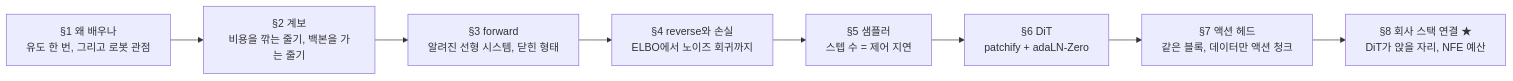
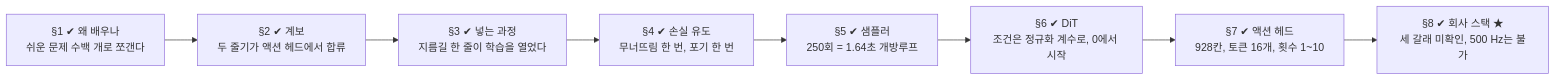
Before and after one commit to sguys99/physical-ai-study: the fifth of 5 diagrams in course/w1-generative-core/03-diffusion-ddpm-dit/lesson.md, drawn with Mermaid. The commit also changed other lines of this file and 10 other files, not shown here.

````diff
--- a/course/w1-generative-core/03-diffusion-ddpm-dit/lesson.md
+++ b/course/w1-generative-core/03-diffusion-ddpm-dit/lesson.md
@@ -686,10 +858,10 @@
 ```mermaid
 flowchart LR
-  S1["§1 왜 배우나<br/>유도 한 번, 그리고 로봇 관점"] --> S2["§2 계보<br/>비용을 깎는 줄기, 백본을 가는 줄기"]
-  S2 --> S3["§3 forward<br/>알려진 선형 시스템, 닫힌 형태"]
-  S3 --> S4["§4 reverse와 손실<br/>ELBO에서 노이즈 회귀까지"]
-  S4 --> S5["§5 샘플러<br/>스텝 수 = 제어 지연"]
-  S5 --> S6["§6 DiT<br/>patchify + adaLN-Zero"]
-  S6 --> S7["§7 액션 헤드<br/>같은 블록, 데이터만 액션 청크"]
-  S7 --> CO["§8 회사 스택 연결 ★<br/>DiT가 앉을 자리, NFE 예산"]
+  S1["§1 ✔ 왜 배우나<br/>쉬운 문제 수백 개로 쪼갠다"] --> S2["§2 ✔ 계보<br/>두 줄기가 액션 헤드에서 합류"]
+  S2 --> S3["§3 ✔ 넣는 과정<br/>지름길 한 줄이 학습을 열었다"]
+  S3 --> S4["§4 ✔ 손실 유도<br/>무너뜨림 한 번, 포기 한 번"]
+  S4 --> S5["§5 ✔ 샘플러<br/>250회 = 1.64초 개방루프"]
+  S5 --> S6["§6 ✔ DiT<br/>조건은 정규화 계수로, 0에서 시작"]
+  S6 --> S7["§7 ✔ 액션 헤드<br/>928칸, 토큰 16개, 횟수 1~10"]
+  S7 --> CO["§8 ✔ 회사 스택 ★<br/>세 갈래 미확인, 500 Hz는 불가"]
 ```
````
